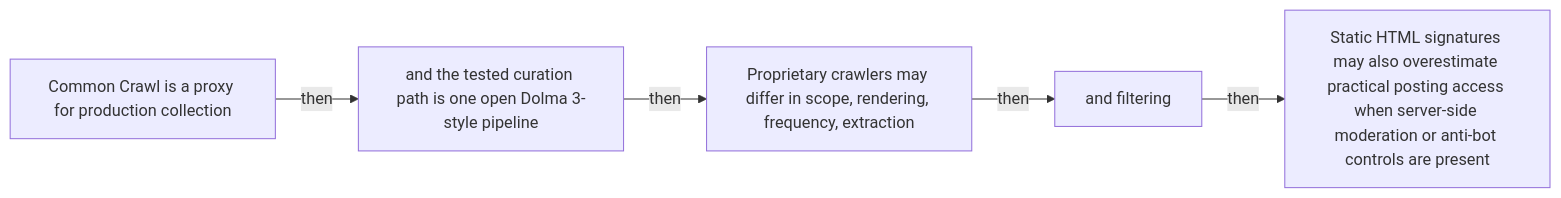
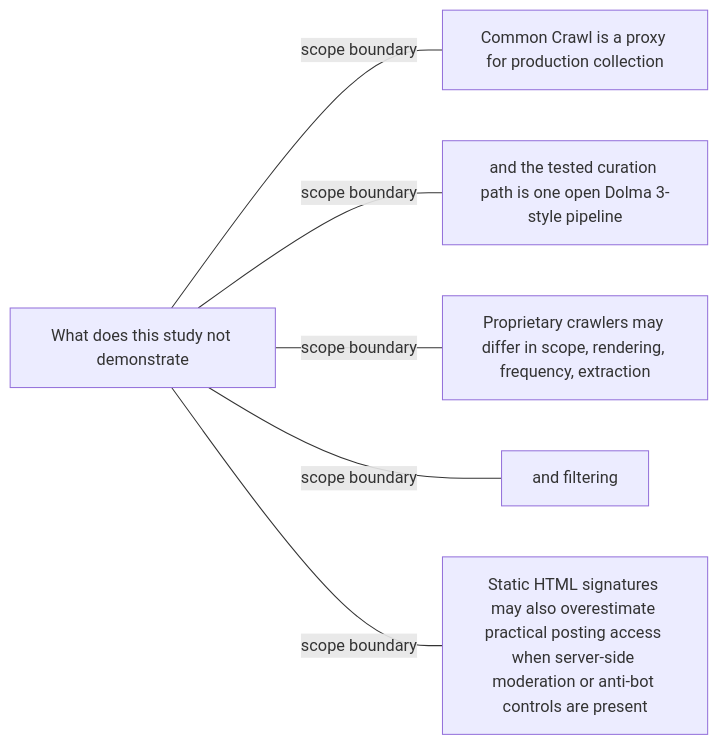
Before and after one commit to Betancourt1/paper_atlas: diagram 39 of 48 in docs/visual-manifests/VISUAL_MANIFEST_COMPUTATIONAL_PROPAGANDA.md, drawn with Mermaid. The commit also changed other lines of this file and 7 other files, not shown here.

````diff
--- a/docs/visual-manifests/VISUAL_MANIFEST_COMPUTATIONAL_PROPAGANDA.md
+++ b/docs/visual-manifests/VISUAL_MANIFEST_COMPUTATIONAL_PROPAGANDA.md
@@ -3296,12 +3269,14 @@
 ```mermaid
 flowchart LR
-  n1["Common Crawl is a proxy for production collection"]
-  n2["and the tested curation path is one open Dolma 3-style pipeline"]
-  n3["Proprietary crawlers may differ in scope, rendering, frequency, extraction"]
-  n4["and filtering"]
-  n5["Static HTML signatures may also overestimate practical posting access when server-side moderation or anti-bot controls are present"]
-  n1 -->|"then"| n2
-  n2 -->|"then"| n3
-  n3 -->|"then"| n4
-  n4 -->|"then"| n5
+  center["What does this study not demonstrate"]
+  f1["Common Crawl is a proxy for production collection"]
+  f2["and the tested curation path is one open Dolma 3-style pipeline"]
+  f3["Proprietary crawlers may differ in scope, rendering, frequency, extraction"]
+  f4["and filtering"]
+  f5["Static HTML signatures may also overestimate practical posting access when server-side moderation or anti-bot controls are present"]
+  center ---|"scope boundary"| f1
+  center ---|"scope boundary"| f2
+  center ---|"scope boundary"| f3
+  center ---|"scope boundary"| f4
+  center ---|"scope boundary"| f5
 ```
````
